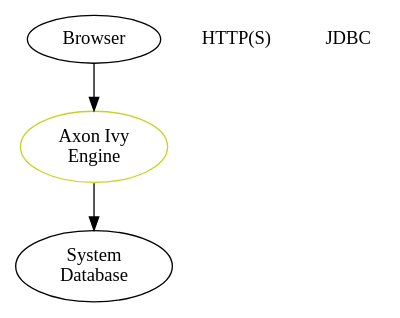
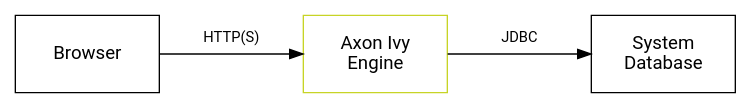
Before and after one commit to bernhardAxonIvy/doc: the diagram in source/engine-guide/getting-started/overview.dot, drawn with Graphviz. The commit also changed 28 other files, not shown here.

```diff
--- a/source/engine-guide/getting-started/overview.dot
+++ b/source/engine-guide/getting-started/overview.dot
@@ -1,15 +1,18 @@
 digraph overview {
+  layout=neato;
+  node [shape=box, fontname="Roboto,Helvetica Neue,Arial,sans-serif", fixedsize="true", margin=0]; 
+  
   /* nodes */
-  browser [ label="Browser", pos = "0,2.5!", width="1.3"];
-  engine [label="Axon Ivy\nEngine", pos="3,2.5!", width="1.3", color="#C7D426", fontcolor="black"];
-  systemdb [ label="System\nDatabase", pos="6,2.5!" width="1.3"]
+  browser [ label="Browser",           pos="0,0!", height="0.8", width="1.5"];
+  engine [label="Axon Ivy\nEngine",    pos="3,0!", height="0.8", width="1.5", color="#C7D426", fontcolor="black"];
+  systemdb [ label="System\nDatabase", pos="6,0!", height="0.8", width="1.5"]
 
   /* edges */
   browser -> engine;
   engine -> systemdb;
 
   /* edge labels */  
-  browserengine [ label="HTTP(S)", pos = "1.5,2.6!", shape=none, fillcolor=none,fontcolor=black ]
-  enginesystemdb [ label="JDBC", pos = "4.5,2.6!", shape=none, fillcolor=none,fontcolor=black ]
+  browser_engine [ label="HTTP(S)\n \n ", pos="1.5,0!", width="1.7", height="0.8", shape=none, fillcolor=none, fontcolor="black", fontsize="11" ];
+  engine_systemdb [ label="JDBC\n \n ",   pos="4.5,0!", width="1.7", height="0.8", shape=none, fillcolor=none, fontcolor="black", fontsize="11" ];
 
 }
```
